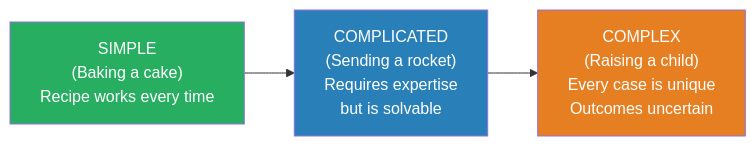
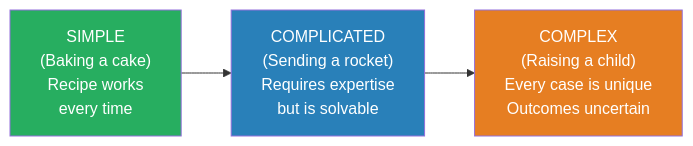
The third of 7 diagrams in summaries/Strategy & Systems Thinking/The Checklist Manifesto - Atul Gawande.md (alius33/reader), drawn with Mermaid before and after one commit. The commit also changed other lines of this file and 272 other files, not shown here.

````diff
--- a/summaries/Strategy & Systems Thinking/The Checklist Manifesto - Atul Gawande.md
+++ b/summaries/Strategy & Systems Thinking/The Checklist Manifesto - Atul Gawande.md
@@ -122,8 +288,8 @@
 ```mermaid
 flowchart LR
-    A["SIMPLE\n(Baking a cake)\nRecipe works every time"] --> B["COMPLICATED\n(Sending a rocket)\nRequires expertise\nbut is solvable"]
-    B --> C["COMPLEX\n(Raising a child)\nEvery case is unique\nOutcomes uncertain"]
+    A["SIMPLE<br>(Baking a cake)<br>Recipe works<br>every time"] --> B["COMPLICATED<br>(Sending a rocket)<br>Requires expertise<br>but is solvable"]
+    B --> C["COMPLEX<br>(Raising a child)<br>Every case is unique<br>Outcomes uncertain"]
     style A fill:#27ae60,color:#fff
     style B fill:#2980b9,color:#fff
     style C fill:#e67e22,color:#fff
 ```
````
